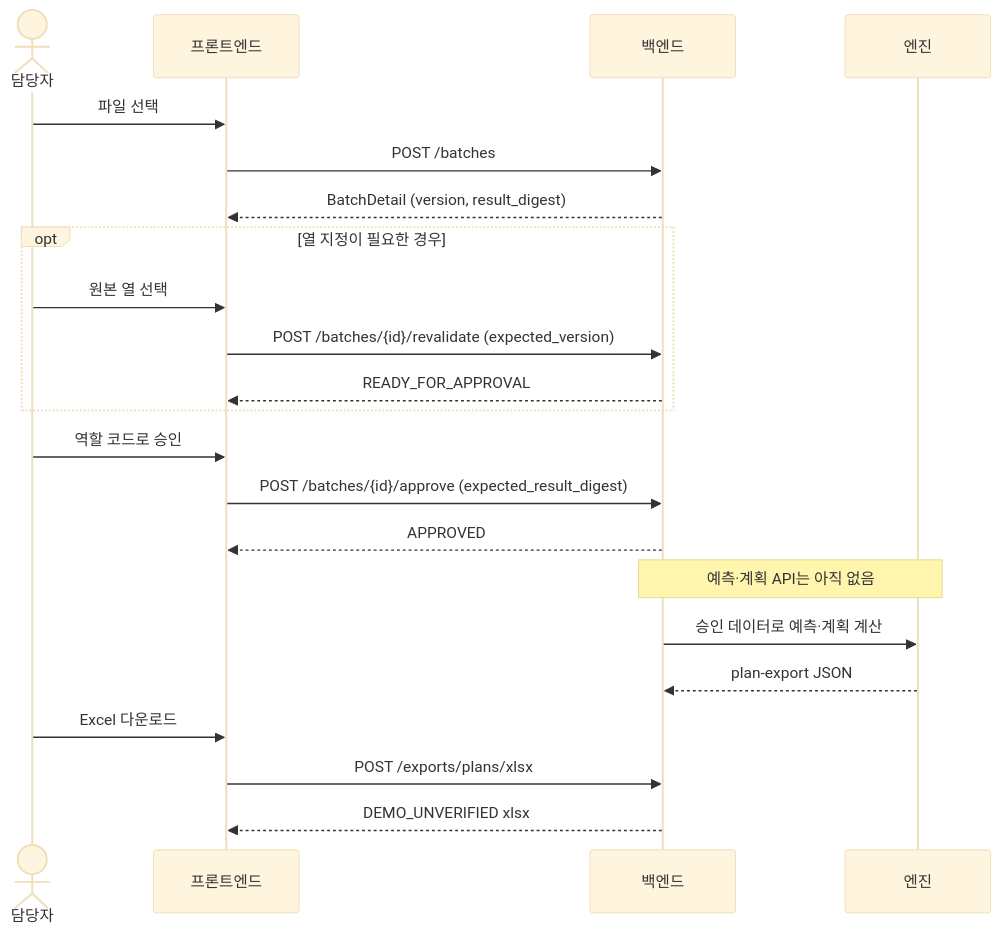
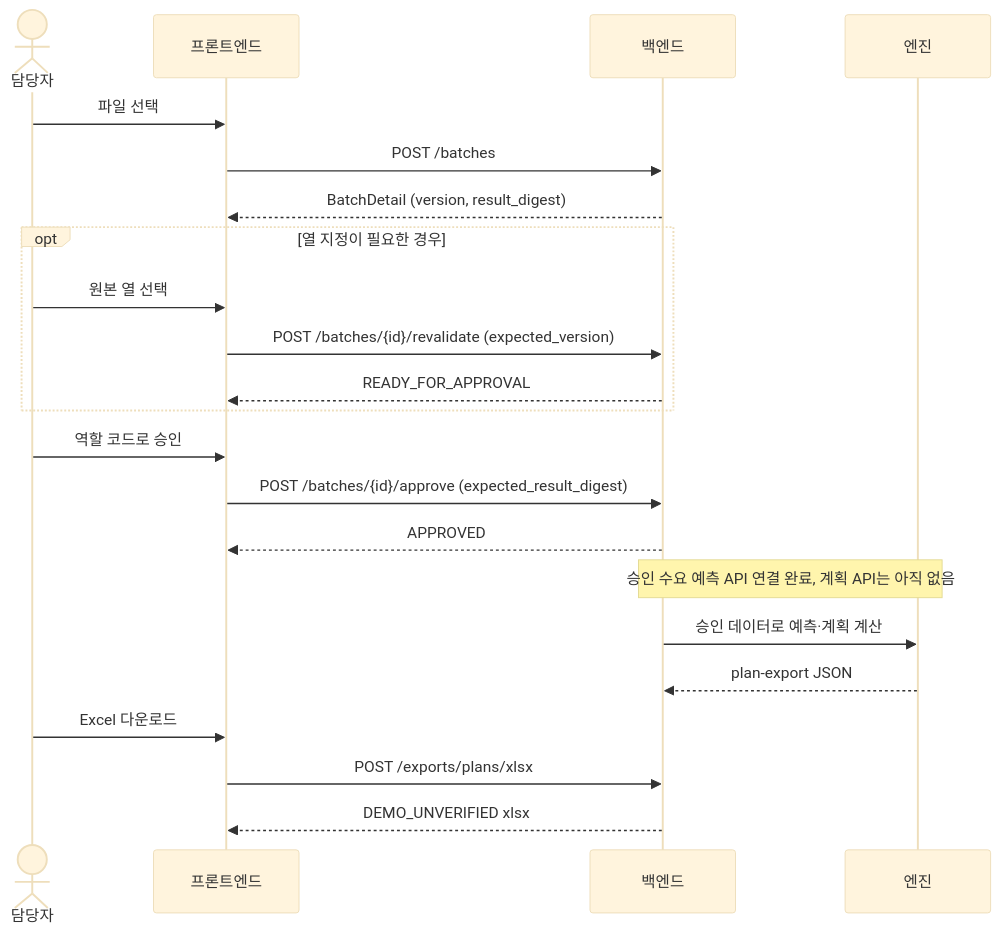
One commit to ChungPaMo/decision-supporter-frontend changed the sixth of 13 diagrams in README.md. Above: the diagram before and after it, drawn with Mermaid (base theme). The commit also changed other lines of this file and 16 other files, not shown here.

````diff
--- a/README.md
+++ b/README.md
@@ -198,24 +204,24 @@
 ```mermaid
 sequenceDiagram
   actor U as 담당자
   participant F as 프론트엔드
   participant B as 백엔드
   participant E as 엔진
   U->>F: 파일 선택
   F->>B: POST /batches
   B-->>F: BatchDetail (version, result_digest)
   opt 열 지정이 필요한 경우
     U->>F: 원본 열 선택
     F->>B: POST /batches/{id}/revalidate (expected_version)
     B-->>F: READY_FOR_APPROVAL
   end
   U->>F: 역할 코드로 승인
   F->>B: POST /batches/{id}/approve (expected_result_digest)
   B-->>F: APPROVED
-  Note over B,E: 예측·계획 API는 아직 없음
+  Note over B,E: 승인 수요 예측 API 연결 완료, 계획 API는 아직 없음
   B->>E: 승인 데이터로 예측·계획 계산
   E-->>B: plan-export JSON
   U->>F: Excel 다운로드
   F->>B: POST /exports/plans/xlsx
   B-->>F: DEMO_UNVERIFIED xlsx
 ```
````
